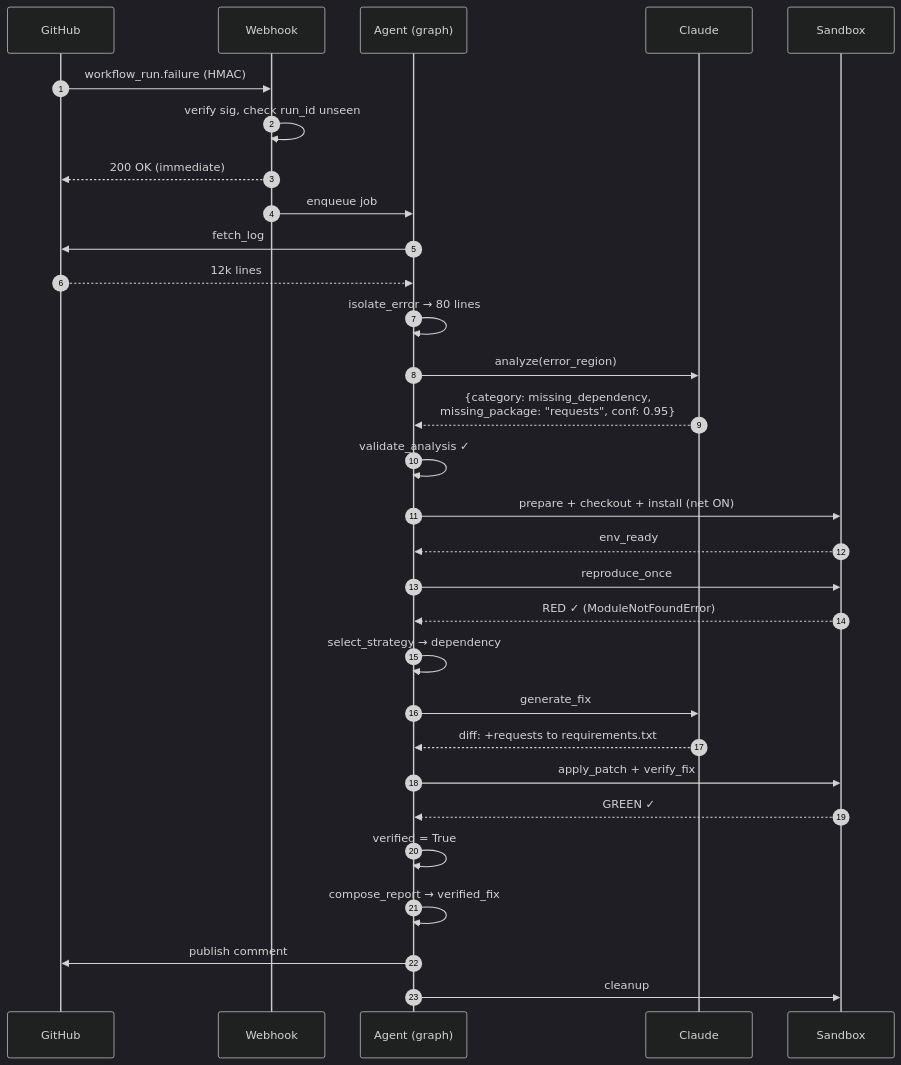
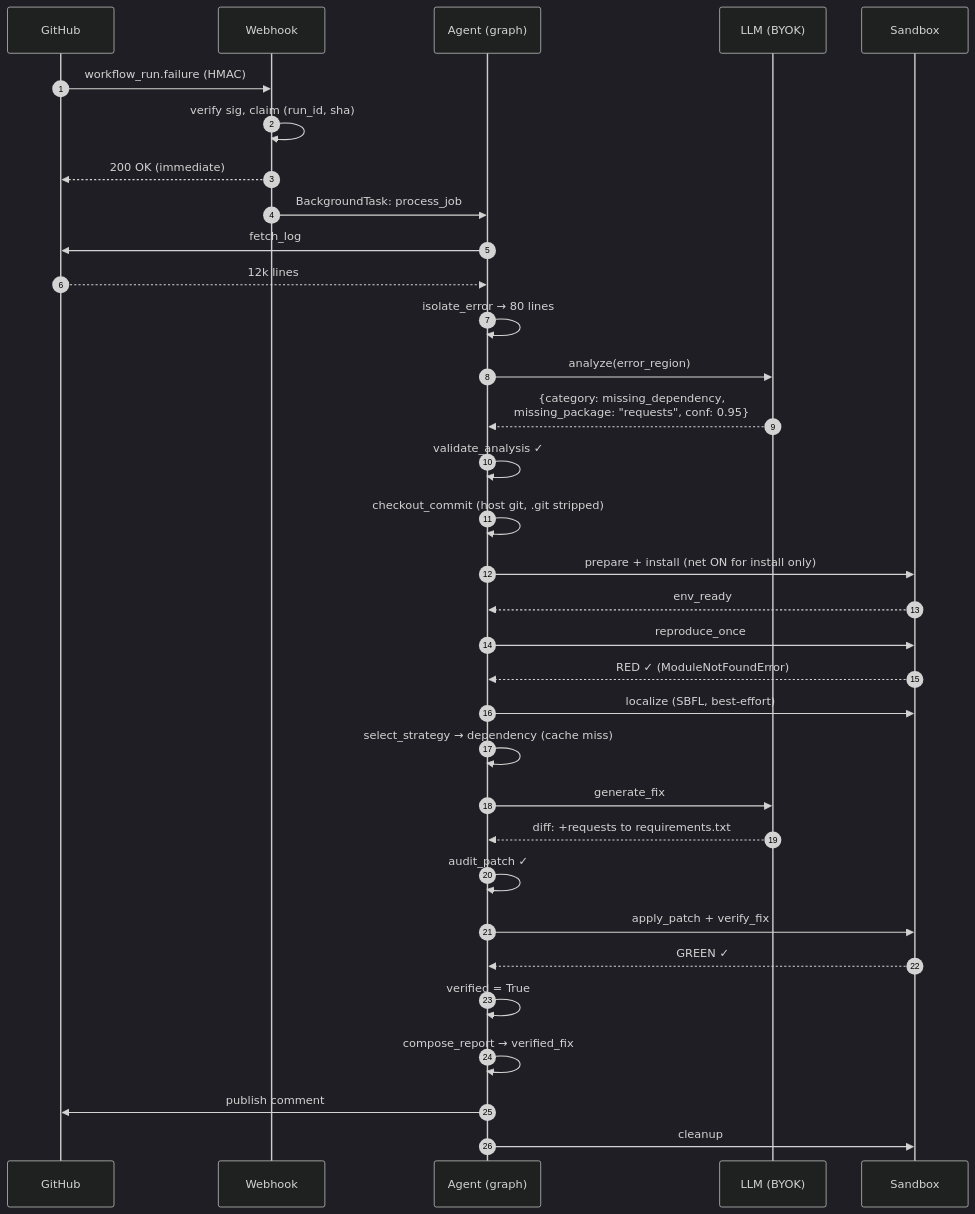
One commit to abhishekKokadwar/CIDRA changed the eighth of 11 diagrams in docs/4_architecture.md. Above: the diagram before and after it, drawn with Mermaid (dark theme). The commit also changed other lines of this file and 2 other files, not shown here.

First line of the commit message:
docs: add runtime architecture diagram to README and align architecture doc with code

````diff
--- a/docs/4_architecture.md
+++ b/docs/4_architecture.md
@@ -544,37 +596,40 @@
 ```mermaid
 sequenceDiagram
     autonumber
     participant GH as GitHub
     participant WH as Webhook
     participant AG as Agent (graph)
-    participant AI as Claude
+    participant AI as LLM (BYOK)
     participant SB as Sandbox
 
     GH->>WH: workflow_run.failure (HMAC)
-    WH->>WH: verify sig, check run_id unseen
+    WH->>WH: verify sig, claim (run_id, sha)
     WH-->>GH: 200 OK (immediate)
-    WH->>AG: enqueue job
+    WH->>AG: BackgroundTask: process_job
 
     AG->>GH: fetch_log
     GH-->>AG: 12k lines
     AG->>AG: isolate_error → 80 lines
     AG->>AI: analyze(error_region)
     AI-->>AG: {category: missing_dependency,<br/>missing_package: "requests", conf: 0.95}
     AG->>AG: validate_analysis ✓
 
-    AG->>SB: prepare + checkout + install (net ON)
+    AG->>AG: checkout_commit (host git, .git stripped)
+    AG->>SB: prepare + install (net ON for install only)
     SB-->>AG: env_ready
     AG->>SB: reproduce_once
     SB-->>AG: RED ✓ (ModuleNotFoundError)
+    AG->>SB: localize (SBFL, best-effort)
 
-    AG->>AG: select_strategy → dependency
+    AG->>AG: select_strategy → dependency (cache miss)
     AG->>AI: generate_fix
     AI-->>AG: diff: +requests to requirements.txt
+    AG->>AG: audit_patch ✓
     AG->>SB: apply_patch + verify_fix
     SB-->>AG: GREEN ✓
     AG->>AG: verified = True
 
     AG->>AG: compose_report → verified_fix
     AG->>GH: publish comment
     AG->>SB: cleanup
 ```
````
